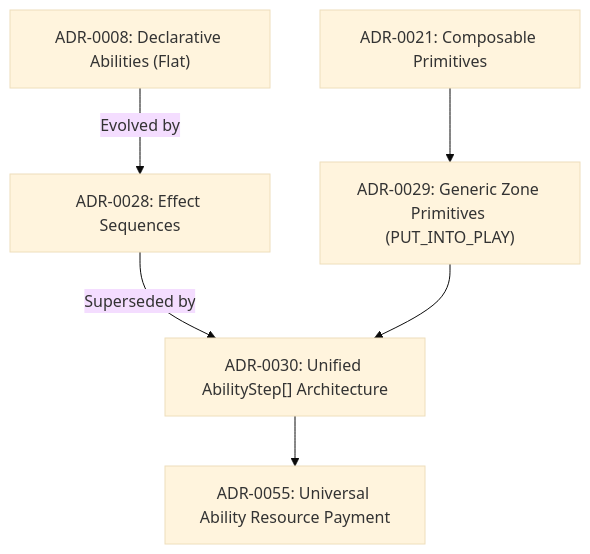
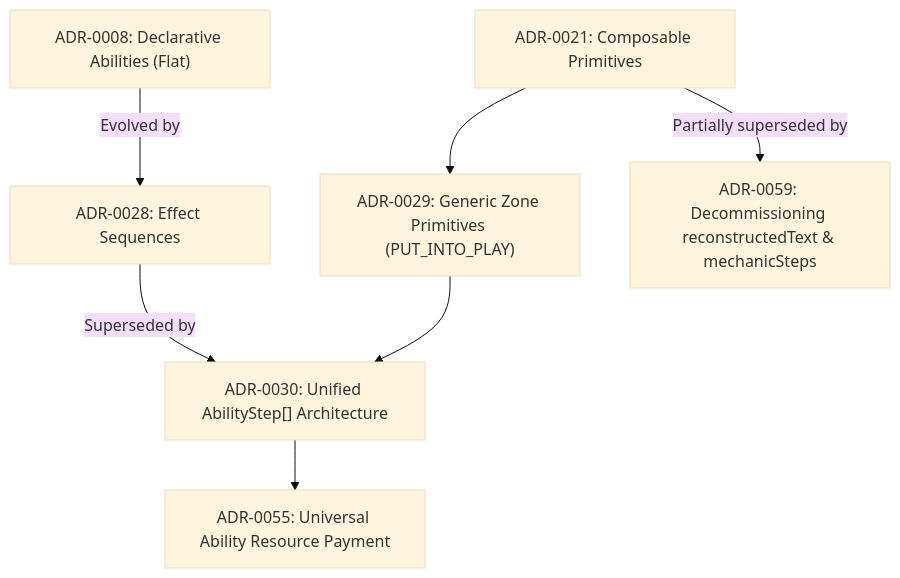
One commit to SteveRodrigue/MCD changed the second of 6 diagrams in docs/decisions/README.md. Above: the diagram before and after it, drawn with Mermaid (base theme). The commit also changed other lines of this file and 24 other files, not shown here.

Commit message:
feat(data,docs): decommission reconstructedText and mechanicSteps (Closes #121)

````diff
--- a/docs/decisions/README.md
+++ b/docs/decisions/README.md
@@ -48,8 +48,9 @@
 ```mermaid
 graph TD
     ADR08["ADR-0008: Declarative Abilities (Flat)"] -->|Evolved by| ADR28["ADR-0028: Effect Sequences"]
     ADR28 -->|Superseded by| ADR30["ADR-0030: Unified AbilityStep[] Architecture"]
     ADR21["ADR-0021: Composable Primitives"] --> ADR29["ADR-0029: Generic Zone Primitives (PUT_INTO_PLAY)"]
+    ADR21 -->|Partially superseded by| ADR59["ADR-0059: Decommissioning reconstructedText & mechanicSteps"]
     ADR29 --> ADR30
     ADR30 --> ADR55["ADR-0055: Universal Ability Resource Payment"]
 ```
````
